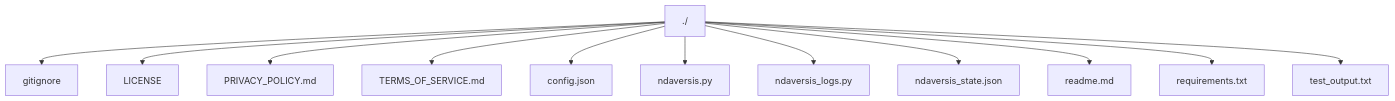
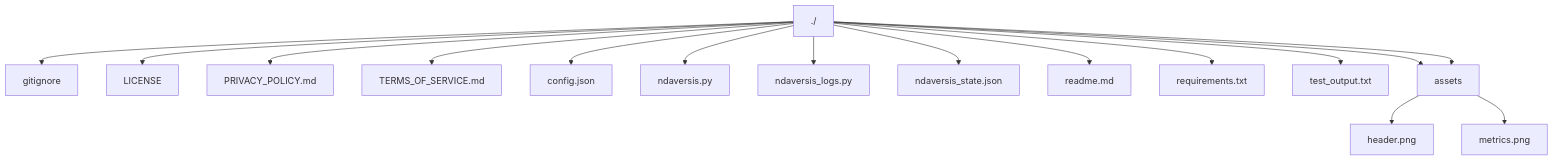
The third of 3 diagrams in readme.md (lystwork/ndaversis), drawn with Mermaid before and after one commit. The commit also changed other lines of this file and 4 other files, not shown here.

````diff
--- a/readme.md
+++ b/readme.md
@@ -322,15 +326,19 @@
 ```mermaid
 graph TD
     Root[./]
     Root --> node_gitignore["gitignore"]
     Root --> node_LICENSE["LICENSE"]
     Root --> node_PRIVACY_POLICY_md["PRIVACY_POLICY.md"]
     Root --> node_TERMS_OF_SERVICE_md["TERMS_OF_SERVICE.md"]
     Root --> node_config_json["config.json"]
     Root --> node_ndaversis_py["ndaversis.py"]
     Root --> node_ndaversis_logs_py["ndaversis_logs.py"]
     Root --> node_ndaversis_state_json["ndaversis_state.json"]
     Root --> node_readme_md["readme.md"]
     Root --> node_requirements_txt["requirements.txt"]
     Root --> node_test_output_txt["test_output.txt"]
+    Root --> node_assets["assets"]
+    node_assets --> node_assets_header_png["header.png"]
+    Root --> node_assets["assets"]
+    node_assets --> node_assets_metrics_png["metrics.png"]
 ```
````
